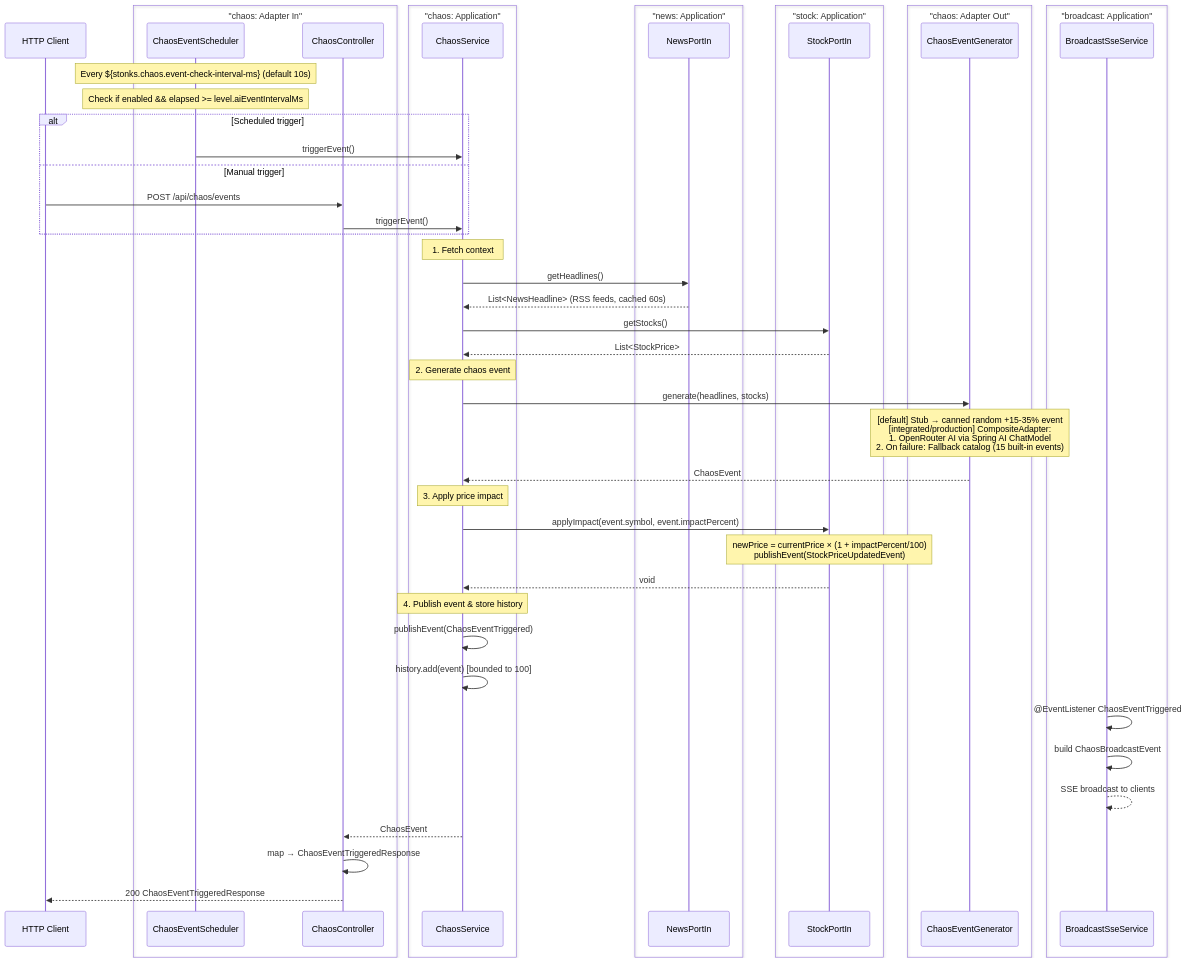
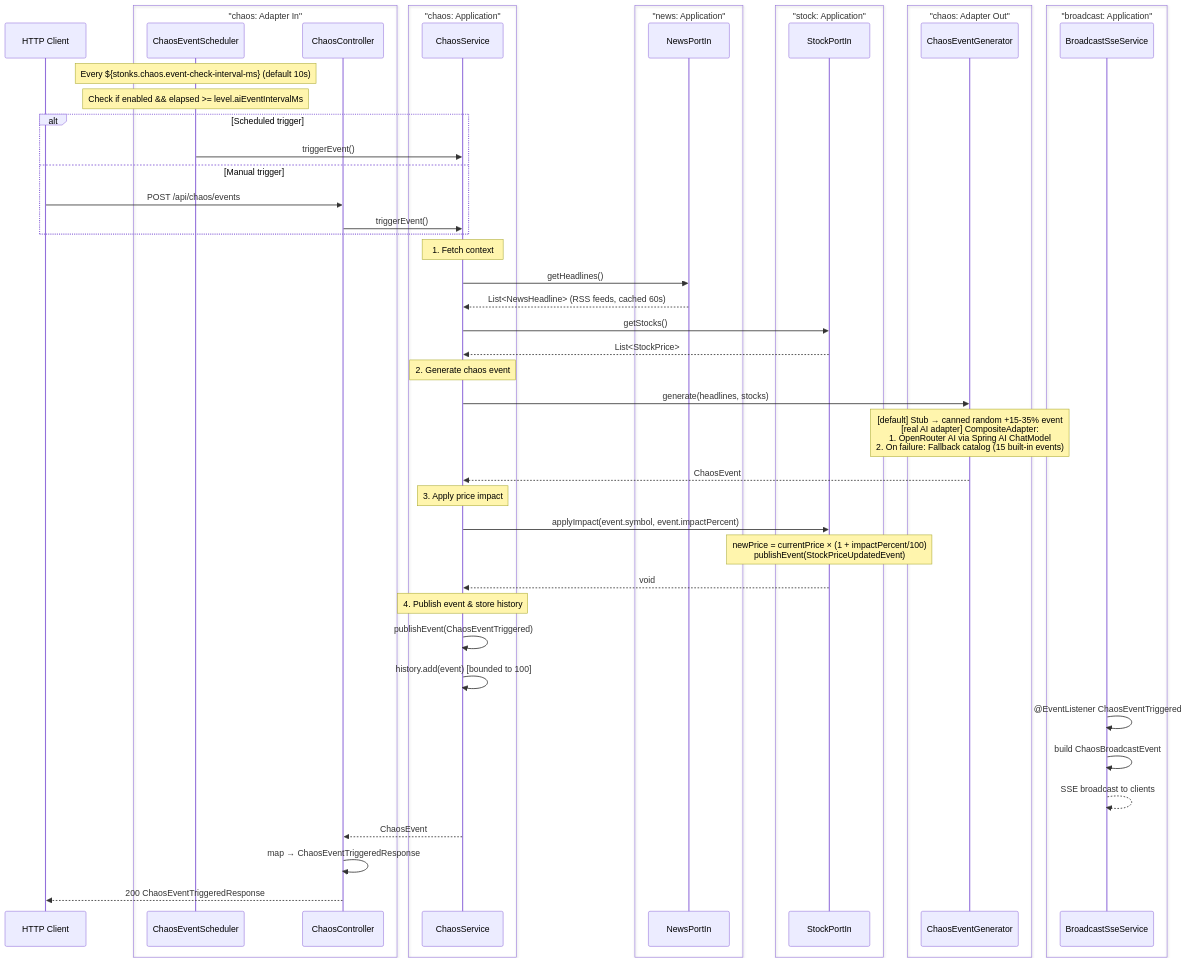
One commit to franBec/stonks-simulator changed diagram 16 of 22 in stonks_java/README.md. Above: the diagram before and after it, drawn with Mermaid. The commit also changed other lines of this file and 27 other files, not shown here.

First line of the commit message:
Replace monolithic Spring profiles with a la carte adapter flags

````diff
--- a/stonks_java/README.md
+++ b/stonks_java/README.md
@@ -802,59 +806,59 @@
 ```mermaid
 sequenceDiagram
     participant Client as HTTP Client
     box "chaos: Adapter In"
     participant CES as ChaosEventScheduler
     participant CC as ChaosController
     end
     box "chaos: Application"
     participant CS as ChaosService
     end
     box "news: Application"
     participant NI as NewsPortIn
     end
     box "stock: Application"
     participant SI as StockPortIn
     end
     box "chaos: Adapter Out"
     participant CEG as ChaosEventGenerator
     end
     box "broadcast: Application"
     participant BSS as BroadcastSseService
     end
 
     Note over CES: Every ${stonks.chaos.event-check-interval-ms} (default 10s)
     Note over CES: Check if enabled && elapsed >= level.aiEventIntervalMs
 
     alt Scheduled trigger
         CES->>CS: triggerEvent()
     else Manual trigger
         Client->>CC: POST /api/chaos/events
         CC->>CS: triggerEvent()
     end
 
     Note over CS: 1. Fetch context
     CS->>NI: getHeadlines()
     NI-->>CS: List<NewsHeadline> (RSS feeds, cached 60s)
     CS->>SI: getStocks()
     SI-->>CS: List<StockPrice>
 
     Note over CS: 2. Generate chaos event
     CS->>CEG: generate(headlines, stocks)
-    Note over CEG: [default] Stub → canned random +15-35% event<br/>[integrated/production] CompositeAdapter:<br/>  1. OpenRouter AI via Spring AI ChatModel<br/>  2. On failure: Fallback catalog (15 built-in events)
+    Note over CEG: [default] Stub → canned random +15-35% event<br/>[real AI adapter] CompositeAdapter:<br/>  1. OpenRouter AI via Spring AI ChatModel<br/>  2. On failure: Fallback catalog (15 built-in events)
     CEG-->>CS: ChaosEvent
 
     Note over CS: 3. Apply price impact
     CS->>SI: applyImpact(event.symbol, event.impactPercent)
     Note over SI: newPrice = currentPrice × (1 + impactPercent/100)<br/>publishEvent(StockPriceUpdatedEvent)
     SI-->>CS: void
 
     Note over CS: 4. Publish event & store history
     CS->>CS: publishEvent(ChaosEventTriggered)
     CS->>CS: history.add(event) [bounded to 100]
     BSS->>BSS: @EventListener ChaosEventTriggered
     BSS->>BSS: build ChaosBroadcastEvent
     BSS-->>BSS: SSE broadcast to clients
     CS-->>CC: ChaosEvent
     CC->>CC: map → ChaosEventTriggeredResponse
     CC-->>Client: 200 ChaosEventTriggeredResponse
 ```
````
